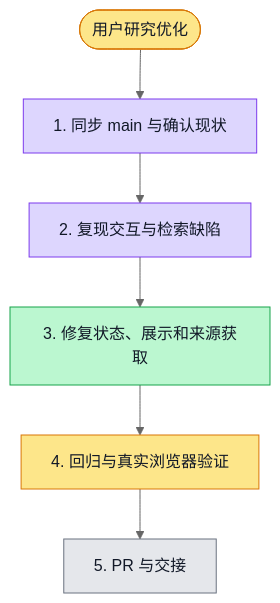
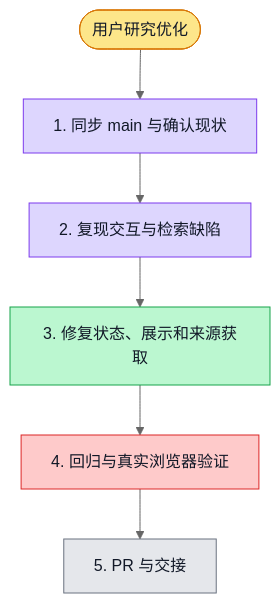
Before and after one commit to boardx/workspacex: the diagram in docs/evidence/research-4897/progress.md, drawn with Mermaid (neutral theme). The commit also changed other lines of this file and 1 other file, not shown here.

````diff
--- a/docs/evidence/research-4897/progress.md
+++ b/docs/evidence/research-4897/progress.md
@@ -17,26 +17,27 @@
 ```mermaid
 flowchart TD
   G([用户研究优化])
   S1[1. 同步 main 与确认现状]
   S2[2. 复现交互与检索缺陷]
   S3[3. 修复状态、展示和来源获取]
   S4[4. 回归与真实浏览器验证]
   S5[5. PR 与交接]
 
   G --> S1 --> S2 --> S3 --> S4 --> S5
 
   classDef todo fill:#e5e7eb,stroke:#6b7280,color:#111827
   classDef doing fill:#fde68a,stroke:#d97706,color:#111827
   classDef done fill:#bbf7d0,stroke:#16a34a,color:#111827
   classDef tested fill:#ddd6fe,stroke:#7c3aed,color:#111827
   classDef blocked fill:#fecaca,stroke:#dc2626,color:#111827
 
   class G doing
   class S1 tested
   %% evidence S1: fetch main 与 init.sh 已通过
   class S2 tested
   %% evidence S2: UI/检索回归已先失败后通过
   class S3 done
-  class S4 doing
+  class S4 blocked
+  %% blocked S4: 官方 seeded 冷构建启动超过600秒，用例未运行；开发服务复测因每核负载超过15停止排队。
   class S5 todo
 ```
````
